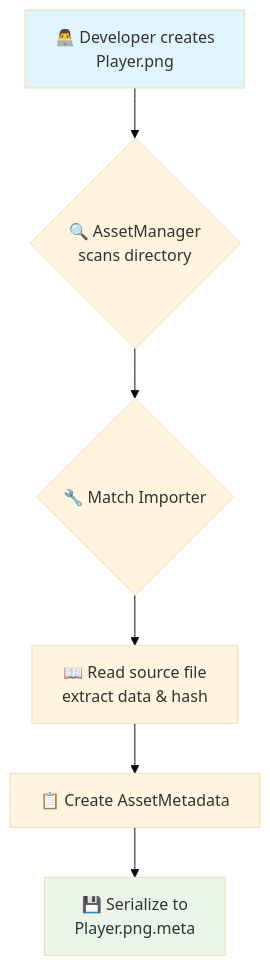
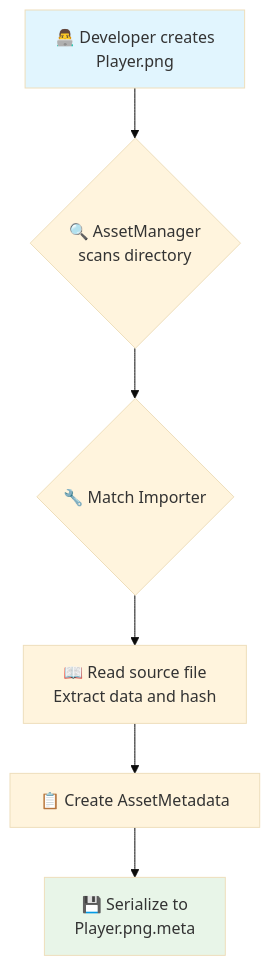
Before and after one commit to NGLSG/Luma: the second of 12 diagrams in ARCHITECTURE_EN.md, drawn with Mermaid (base theme). The commit also changed other lines of this file and 61 other files, not shown here.

````diff
--- a/ARCHITECTURE_EN.md
+++ b/ARCHITECTURE_EN.md
@@ -84,11 +81,11 @@
 ```mermaid
 graph TD
     A[👨‍💻 Developer creates<br/>Player.png] --> B{🔍 AssetManager<br/>scans directory}
-    B --> C{🔧 Match Importer}
-    C --> D[📖 Read source file<br/>extract data & hash]
-    D --> E[📋 Create AssetMetadata]
-    E --> F[💾 Serialize to<br/>Player.png.meta]
+B --> C{🔧 Match Importer}
+C --> D[📖 Read source file<br/>Extract data and hash]
+D --> E[📋 Create AssetMetadata]
+E --> F[💾 Serialize to<br/>Player.png.meta]
 
-    style A fill:#e1f5fe
-    style F fill:#e8f5e8
+style A fill:#e1f5fe
+style F fill: #e8f5e8
 ```
````
